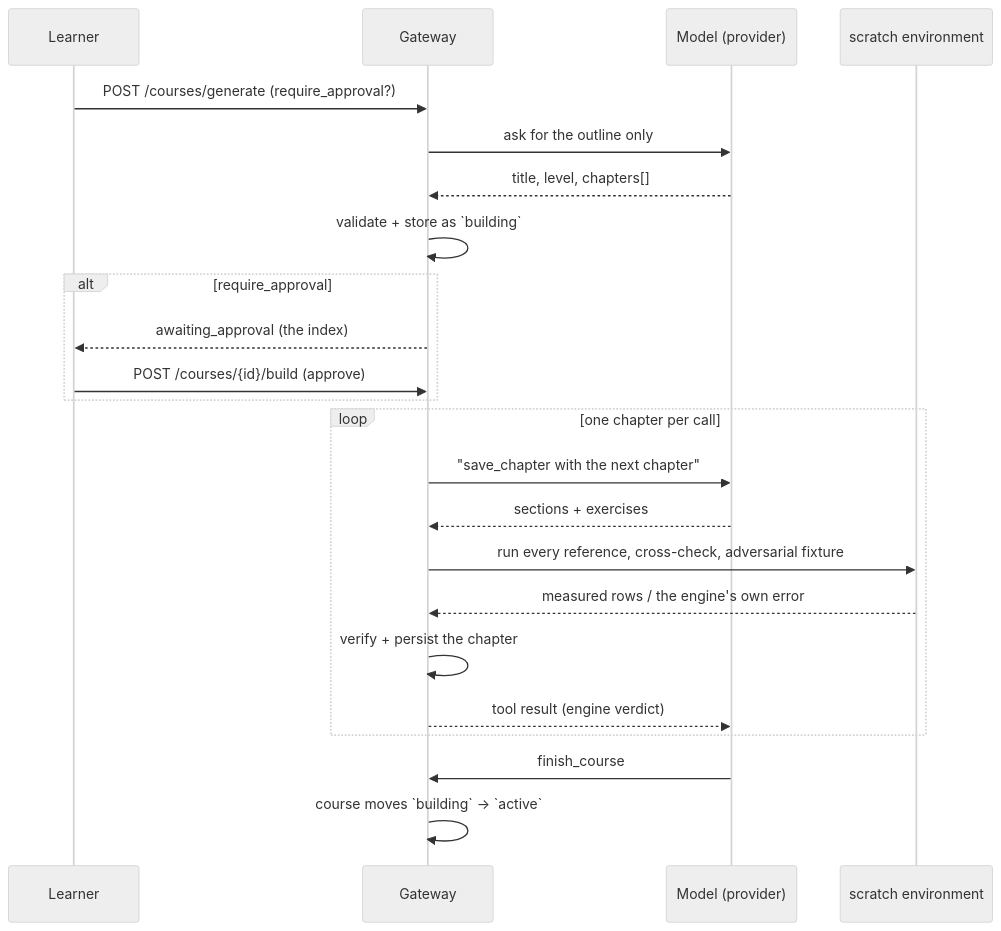
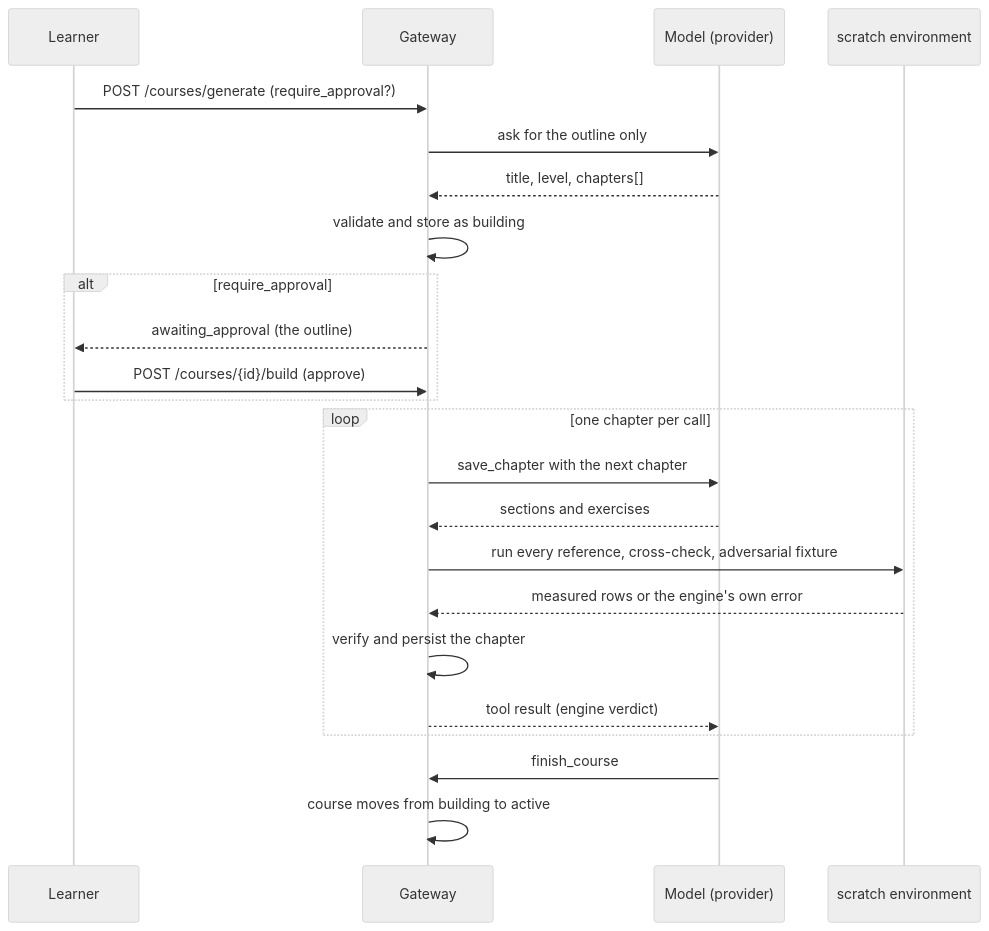
One commit to theakhandpatel/querycraft changed the fifth of 8 diagrams in docs/architecture.md. Above: the diagram before and after it, drawn with Mermaid (neutral theme). The commit also changed other lines of this file and 21 other files, not shown here.

````diff
--- a/docs/architecture.md
+++ b/docs/architecture.md
@@ -182,25 +183,25 @@
 ```mermaid
 sequenceDiagram
   participant L as Learner
   participant G as Gateway
   participant M as Model (provider)
   participant DB as scratch environment
   L->>G: POST /courses/generate (require_approval?)
   G->>M: ask for the outline only
   M-->>G: title, level, chapters[]
-  G->>G: validate + store as `building`
+  G->>G: validate and store as building
   alt require_approval
-    G-->>L: awaiting_approval (the index)
-    L->>G: POST /courses/{id}/build  (approve)
+    G-->>L: awaiting_approval (the outline)
+    L->>G: POST /courses/{id}/build (approve)
   end
   loop one chapter per call
-    G->>M: "save_chapter with the next chapter"
-    M-->>G: sections + exercises
+    G->>M: save_chapter with the next chapter
+    M-->>G: sections and exercises
     G->>DB: run every reference, cross-check, adversarial fixture
-    DB-->>G: measured rows / the engine's own error
-    G->>G: verify + persist the chapter
+    DB-->>G: measured rows or the engine's own error
+    G->>G: verify and persist the chapter
     G-->>M: tool result (engine verdict)
   end
   M->>G: finish_course
-  G->>G: course moves `building` → `active`
+  G->>G: course moves from building to active
 ```
````
